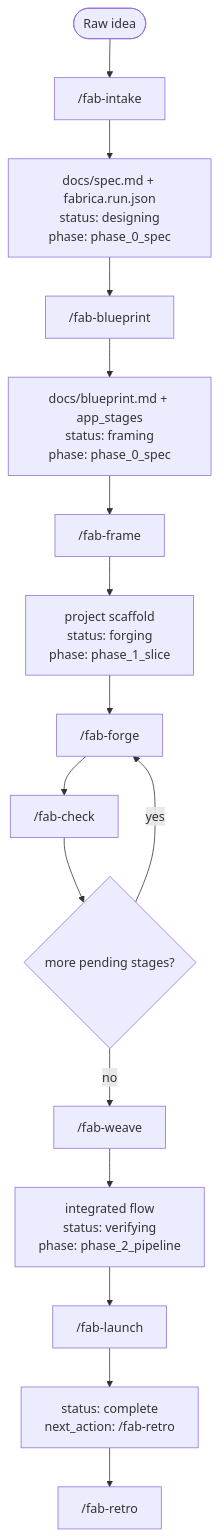
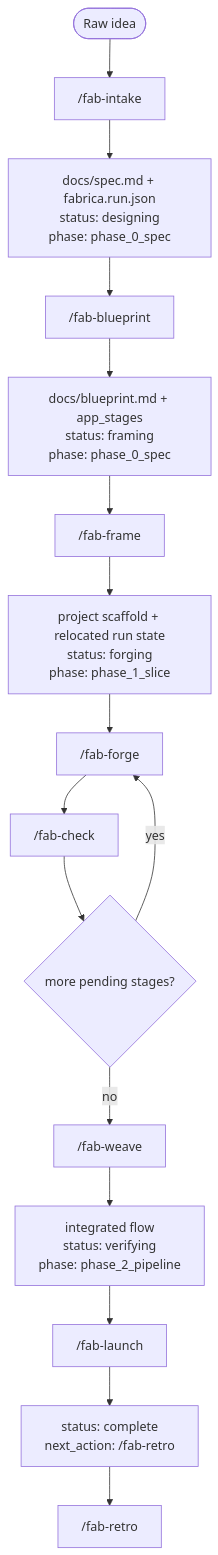
One commit to sushilduseja/fabrica-skills changed the first of 3 diagrams in docs/STATE_MACHINE.md. Above: the diagram before and after it, drawn with Mermaid. The commit also changed other lines of this file and 11 other files, not shown here.

````diff
--- a/docs/STATE_MACHINE.md
+++ b/docs/STATE_MACHINE.md
@@ -26,18 +26,18 @@
 ```mermaid
 flowchart TD
   Start([Raw idea]) --> Intake["/fab-intake"]
   Intake --> Spec["docs/spec.md + fabrica.run.json\nstatus: designing\nphase: phase_0_spec"]
   Spec --> Blueprint["/fab-blueprint"]
   Blueprint --> Framing["docs/blueprint.md + app_stages\nstatus: framing\nphase: phase_0_spec"]
   Framing --> Frame["/fab-frame"]
-  Frame --> Forging["project scaffold\nstatus: forging\nphase: phase_1_slice"]
+  Frame --> Forging["project scaffold + relocated run state\nstatus: forging\nphase: phase_1_slice"]
   Forging --> Forge["/fab-forge <stage>"]
   Forge --> Check["/fab-check <stage>"]
   Check --> MoreStages{"more pending stages?"}
   MoreStages -- yes --> Forge
   MoreStages -- no --> Weave["/fab-weave"]
   Weave --> Verifying["integrated flow\nstatus: verifying\nphase: phase_2_pipeline"]
   Verifying --> Launch["/fab-launch"]
   Launch --> Complete["status: complete\nnext_action: /fab-retro"]
   Complete --> Retro["/fab-retro"]
 ```
````
